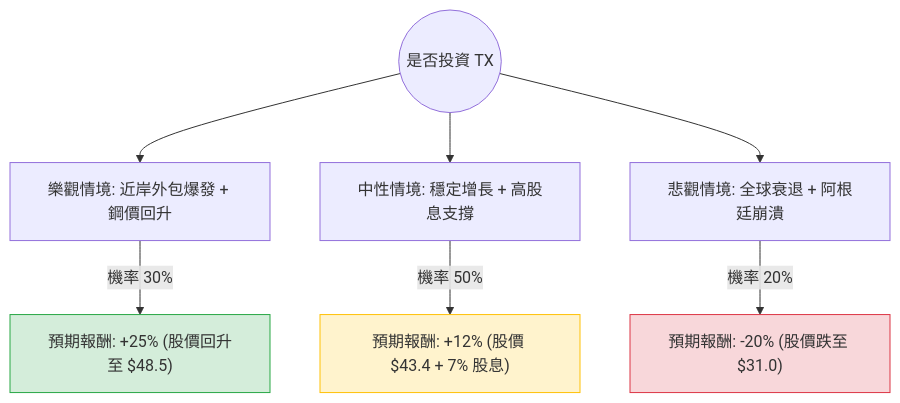
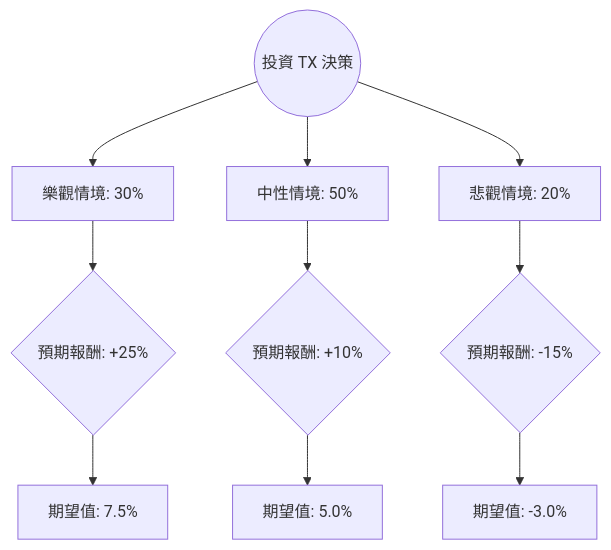
Before and after one commit to zmcx16/zmcx16.github.io: the diagram in plugin-react/ai-analysis/ev-analysis/TX.md, drawn with Mermaid. The commit also changed other lines of this file and 77 other files, not shown here.

````diff
--- a/plugin-react/ai-analysis/ev-analysis/TX.md
+++ b/plugin-react/ai-analysis/ev-analysis/TX.md
@@ -19,14 +22,15 @@
 ```mermaid
 graph TD
-    Start((是否投資 TX)) --> Bull[樂觀情境: 近岸外包爆發 + 鋼價回升]
-    Start --> Base[中性情境: 穩定增長 + 高股息支撐]
-    Start --> Bear[悲觀情境: 全球衰退 + 阿根廷崩潰]
+    Start((投資 TX 決策)) --> Bull[樂觀情境: 30%]
+    Start --> Base[中性情境: 50%]
+    Start --> Bear[悲觀情境: 20%]
 
-    Bull -- "機率 30%" --> BullVal["預期報酬: +25% (股價回升至 $48.5)"]
-    Base -- "機率 50%" --> BaseVal["預期報酬: +12% (股價 $43.4 + 7% 股息)"]
-    Bear -- "機率 20%" --> BearVal["預期報酬: -20% (股價跌至 $31.0)"]
+    Bull --> Bull_Ret{預期報酬: +25%}
+    Bull_Ret --> Bull_EV[期望值: 7.5%]
 
-    style BullVal fill:#d4edda,stroke:#28a745
-    style BaseVal fill:#fff3cd,stroke:#ffc107
-    style BearVal fill:#f8d7da,stroke:#dc3545
+    Base --> Base_Ret{預期報酬: +10%}
+    Base_Ret --> Base_EV[期望值: 5.0%]
+
+    Bear --> Bear_Ret{預期報酬: -15%}
+    Bear_Ret --> Bear_EV[期望值: -3.0%]
 ```
````
